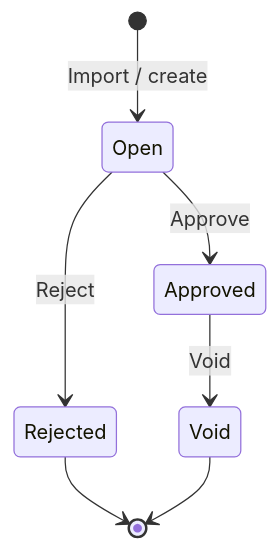
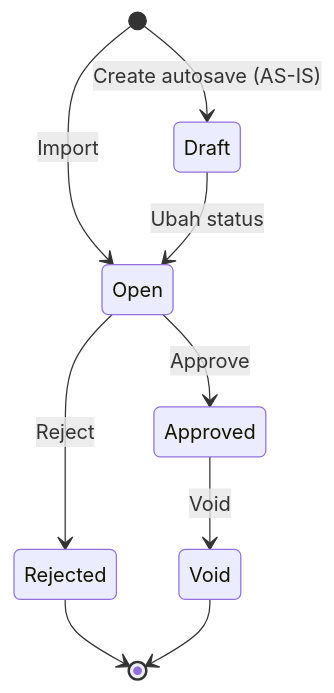
The second of 4 diagrams in qa-docs/accounting-customer-payment/requirement.md (yendyr/olshoperp-docs), drawn with Mermaid before and after one commit. The commit also changed other lines of this file and 4 other files, not shown here.

````diff
--- a/qa-docs/accounting-customer-payment/requirement.md
+++ b/qa-docs/accounting-customer-payment/requirement.md
@@ -63,9 +69,11 @@
 ```mermaid
 stateDiagram-v2
-    [*] --> Open: Import / create
+    [*] --> Draft: Create autosave (AS-IS)
+    [*] --> Open: Import
+    Draft --> Open: Ubah status
     Open --> Approved: Approve
     Open --> Rejected: Reject
     Approved --> Void: Void
     Rejected --> [*]
     Void --> [*]
 ```
````
